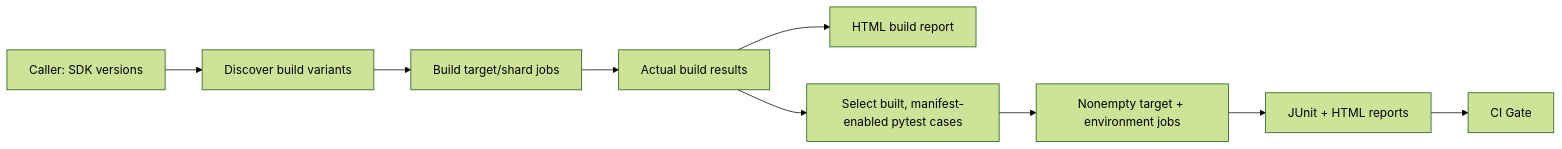
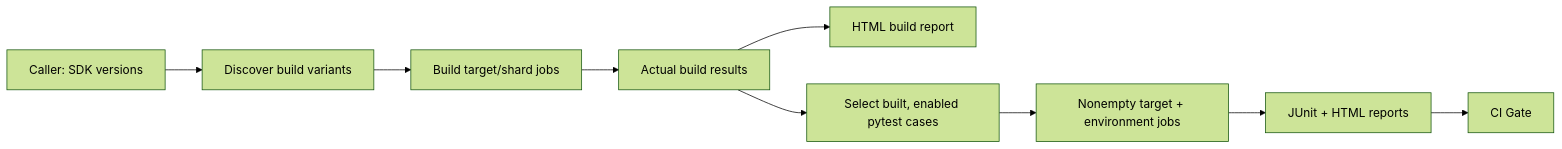
One commit to espressif/idf-extra-components changed the diagram in .github/readme_workflows.md. Above: the diagram before and after it, drawn with Mermaid (forest theme). The commit also changed other lines of this file and 81 other files, not shown here.

````diff
--- a/.github/readme_workflows.md
+++ b/.github/readme_workflows.md
@@ -7,11 +7,11 @@
 ```mermaid
 flowchart LR
     versions[Caller: SDK versions] --> discover[Discover build variants]
     discover --> build[Build target/shard jobs]
     build --> metadata[Actual build results]
     metadata --> buildreport[HTML build report]
-    metadata --> plan[Select built, manifest-enabled pytest cases]
+    metadata --> plan[Select built, enabled pytest cases]
     plan --> tests[Nonempty target + environment jobs]
     tests --> report[JUnit + HTML reports]
     report --> gate[CI Gate]
 ```
````
